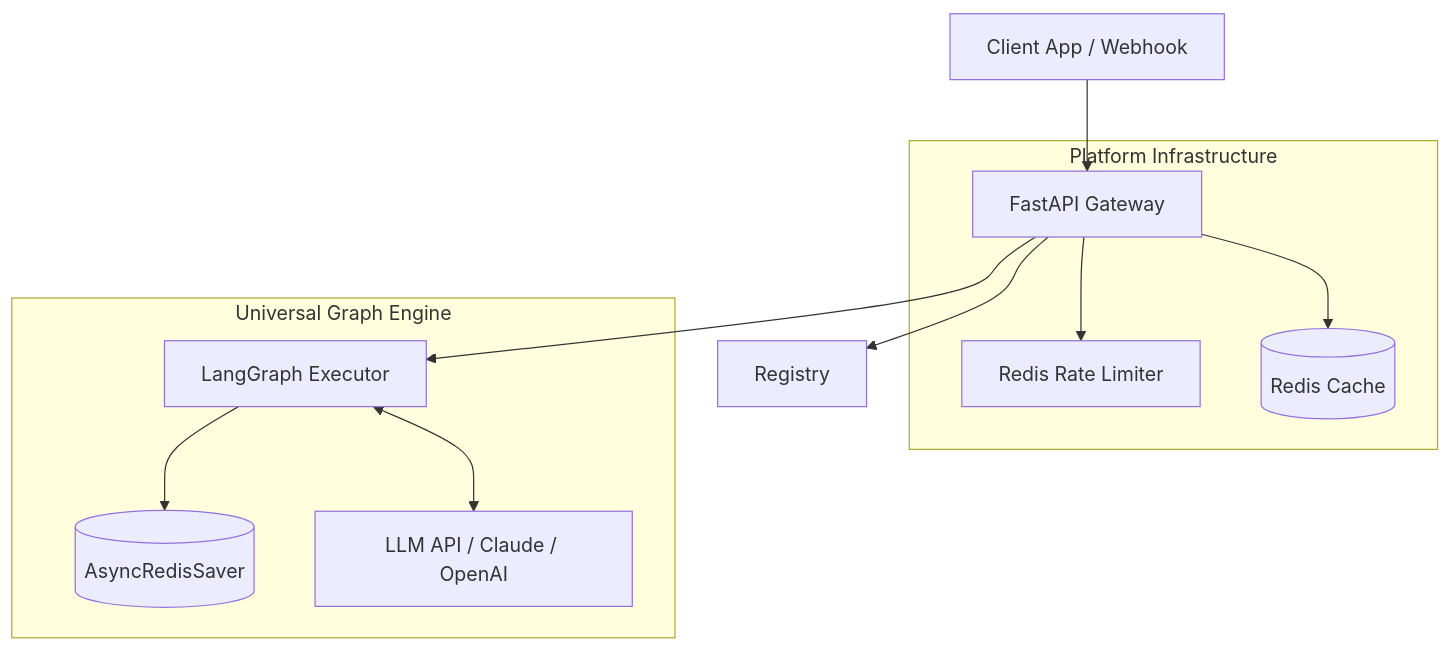
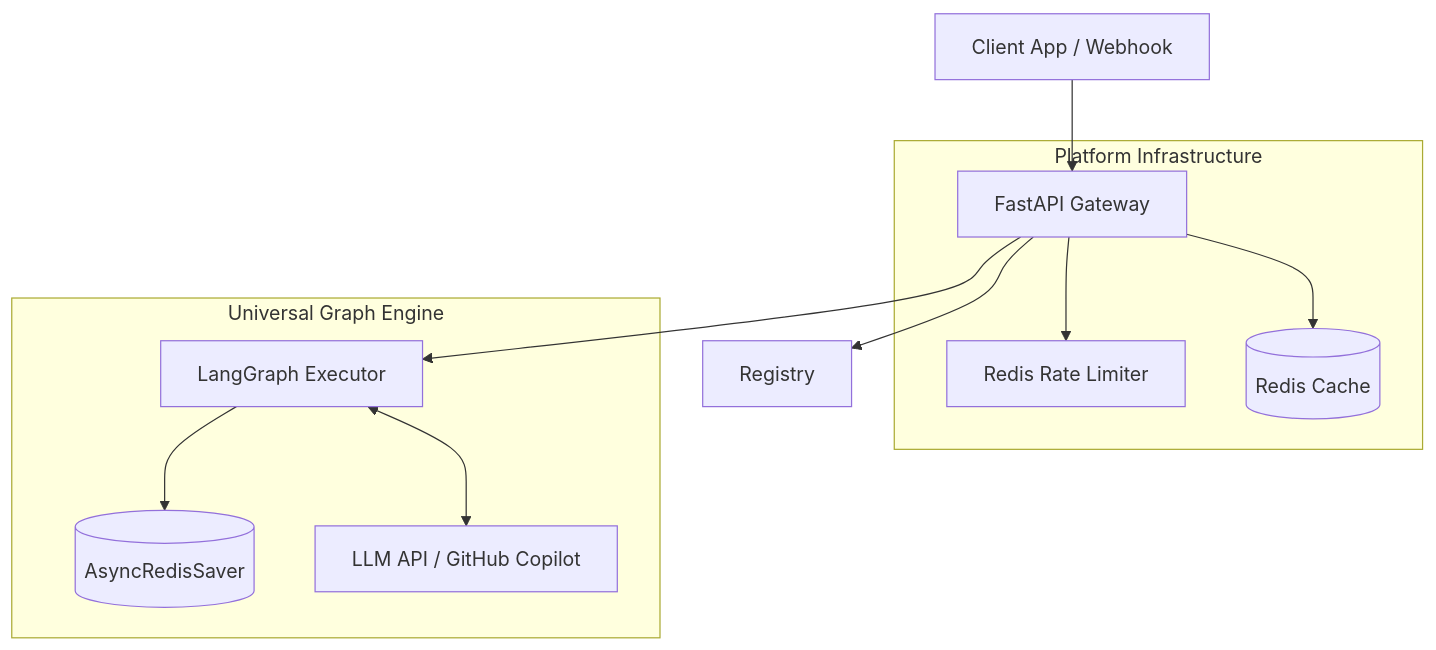
Before and after one commit to destngx/monorepo: the diagram in docs/graph-weave/specification/architecture/system-architecture.md, drawn with Mermaid. The commit also changed 8 other files, not shown here.

````diff
--- a/docs/graph-weave/specification/architecture/system-architecture.md
+++ b/docs/graph-weave/specification/architecture/system-architecture.md
@@ -87,21 +87,21 @@
 ```mermaid
 graph TB
     Client[Client App / Webhook]
     subgraph Platform Infrastructure
         API[FastAPI Gateway]
         Rate[Redis Rate Limiter]
         Cache[(Redis Cache)]
     end
     subgraph Universal Graph Engine
         LG[LangGraph Executor]
         State[(AsyncRedisSaver)]
-        LLM[LLM API / Claude / OpenAI]
+        LLM[LLM API / GitHub Copilot]
     end
     Client --> API
     API --> Rate
     API --> Registry
     API --> Cache
     API --> LG
     LG --> State
     LG <--> LLM
 ```
````
